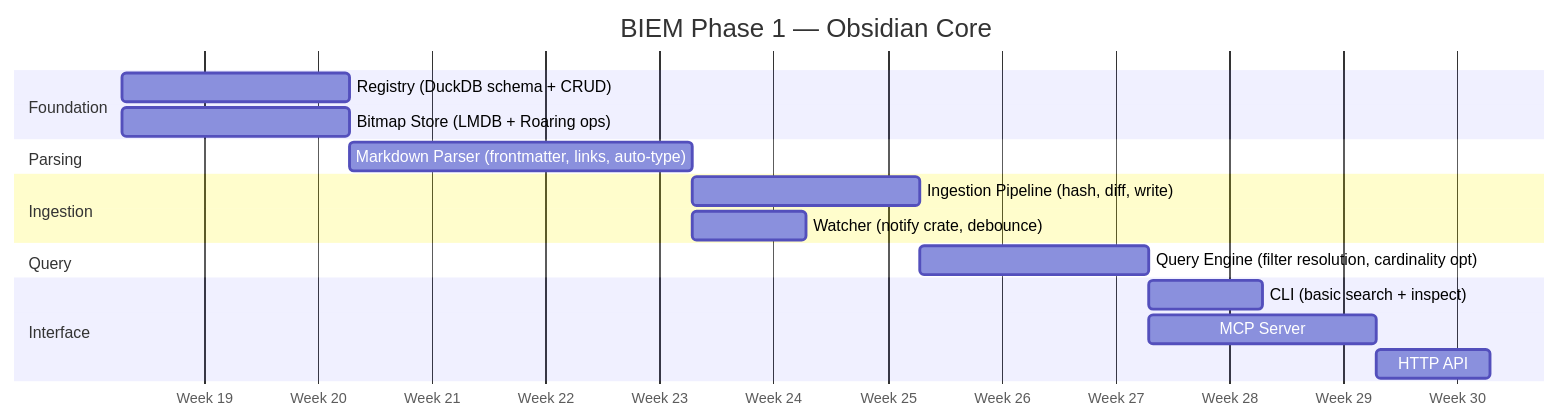
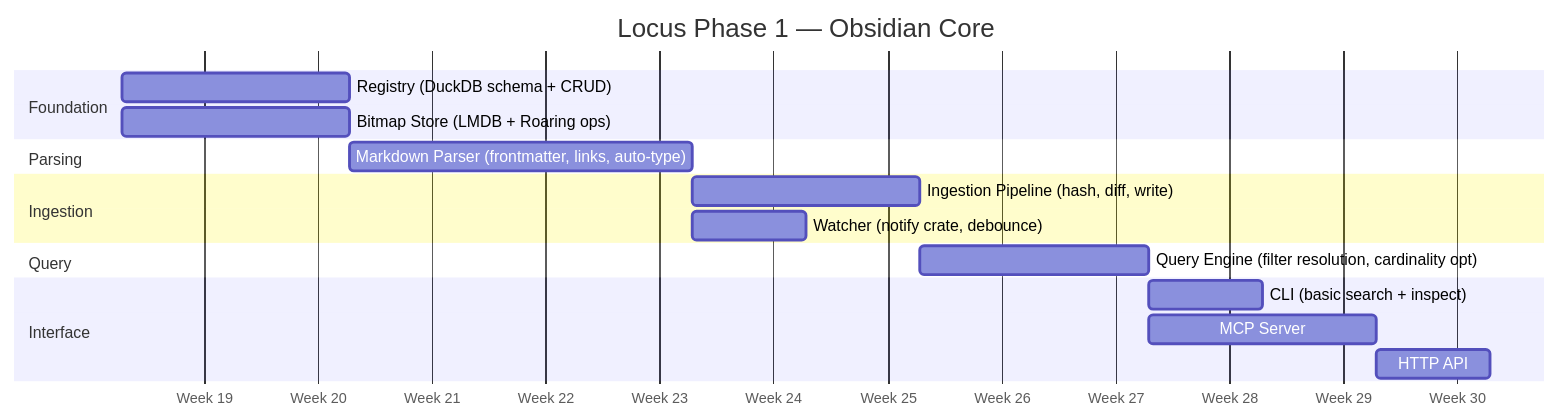
One commit to locusd-ai/locus changed the tenth of 10 diagrams in docs/architecture/001-system-overview.md. Above: the diagram before and after it, drawn with Mermaid. The commit also changed other lines of this file and 21 other files, not shown here.

First line of the commit message:
chore: complete BIEM->Locus rename, truth-up feature docs, fix warnings

````diff
--- a/docs/architecture/001-system-overview.md
+++ b/docs/architecture/001-system-overview.md
@@ -775,25 +775,25 @@
 ```mermaid
 gantt
-    title BIEM Phase 1 — Obsidian Core
+    title Locus Phase 1 — Obsidian Core
     dateFormat YYYY-MM-DD
     axisFormat Week %W
 
     section Foundation
     Registry (DuckDB schema + CRUD)          :a1, 2026-05-12, 2w
     Bitmap Store (LMDB + Roaring ops)        :a2, 2026-05-12, 2w
 
     section Parsing
     Markdown Parser (frontmatter, links, auto-type) :a3, after a1, 3w
 
     section Ingestion
     Ingestion Pipeline (hash, diff, write)   :a4, after a3, 2w
     Watcher (notify crate, debounce)         :a5, after a3, 1w
 
     section Query
     Query Engine (filter resolution, cardinality opt) :a6, after a4, 2w
 
     section Interface
     CLI (basic search + inspect)             :a7, after a6, 1w
     MCP Server                               :a8, after a6, 2w
     HTTP API                                 :a9, after a8, 1w
 ```
````
